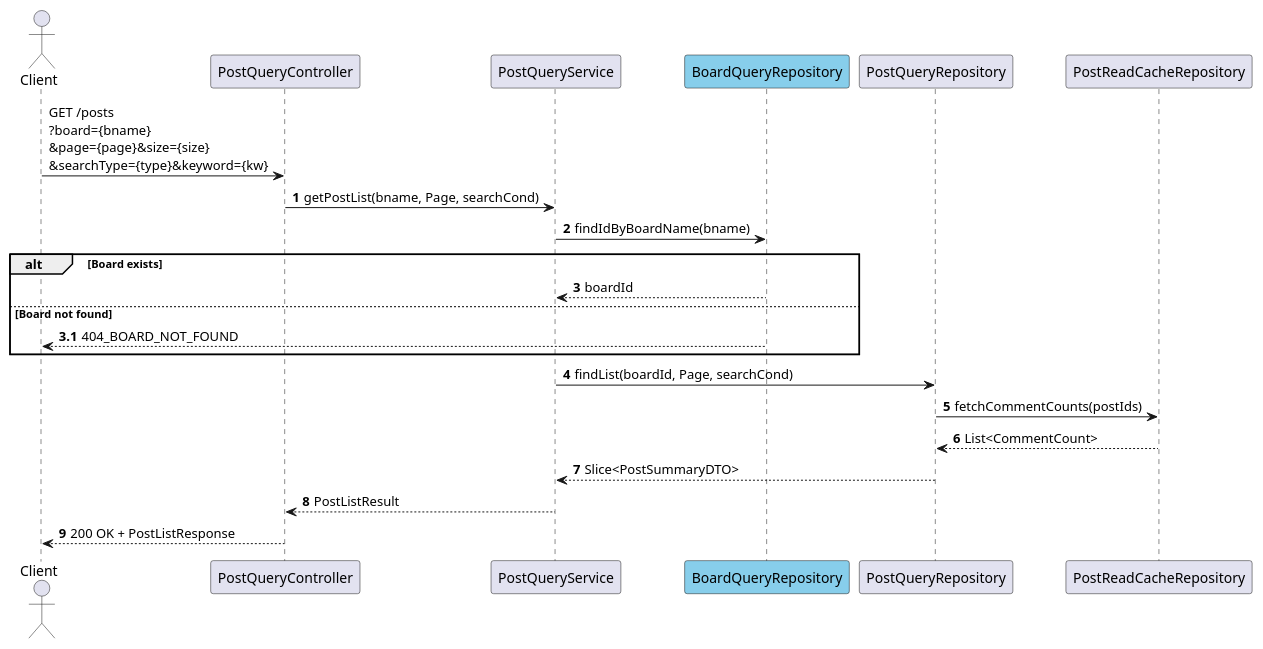
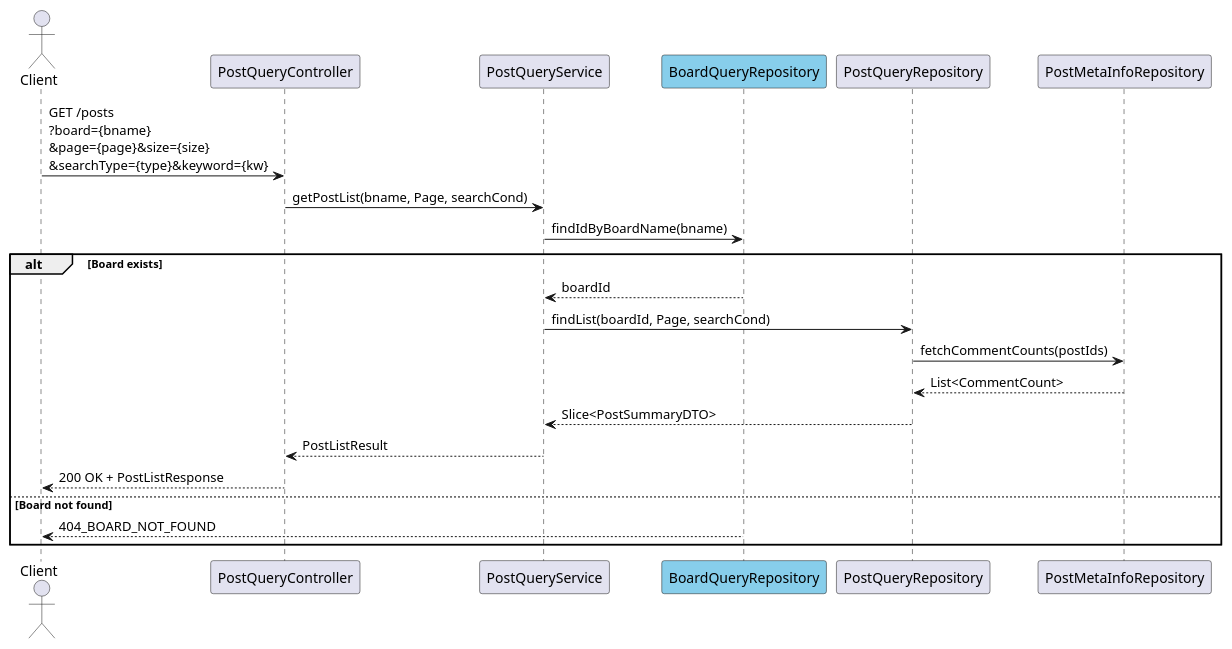
The diagram in document/puml/event/boardContext/postAggregate/getPostList.puml (SimpleBoardTeam/simpleBoard-server), drawn with PlantUML before and after one commit. The commit also changed 4 other files, not shown here.

Commit message:
fix(diagram): Post 도메인 이벤트 다이어그램 수정 - 컨트롤러, 레포지토리에 Command/Query 명시 - getPostDetailCached.puml -> getPostDetail.puml 파일명 변경 및 다이어그램 내부 캐시 관련 정보 삭제

```diff
--- a/document/puml/event/boardContext/postAggregate/getPostList.puml
+++ b/document/puml/event/boardContext/postAggregate/getPostList.puml
@@ -1,32 +1,29 @@
-@startuml PostListSeq
+@startuml getPostListSeq
 actor Client
 participant PostQueryController
 participant PostQueryService
 participant BoardQueryRepository #skyblue
 participant PostQueryRepository
-participant PostReadCacheRepository
+participant PostMetaInfoRepository
 
 Client -> PostQueryController : GET /posts\n?board={bname}\n&page={page}&size={size}\n&searchType={type}&keyword={kw}
 
-autonumber
 PostQueryController -> PostQueryService : getPostList(bname, Page, searchCond)
 
 PostQueryService -> BoardQueryRepository : findIdByBoardName(bname)
 alt Board exists
 BoardQueryRepository --> PostQueryService : boardId
-else Board not found
-autonumber  3.1
-  BoardQueryRepository --> Client : 404_BOARD_NOT_FOUND
-'  stop
-end
 
-autonumber 4
 PostQueryService -> PostQueryRepository : findList(boardId, Page, searchCond)
-PostQueryRepository -> PostReadCacheRepository : fetchCommentCounts(postIds)
-PostReadCacheRepository --> PostQueryRepository : List<CommentCount>
+PostQueryRepository -> PostMetaInfoRepository : fetchCommentCounts(postIds)
+PostMetaInfoRepository --> PostQueryRepository : List<CommentCount>
 PostQueryRepository --> PostQueryService : Slice<PostSummaryDTO>
 
 
 PostQueryService --> PostQueryController : PostListResult
 PostQueryController --> Client : 200 OK + PostListResponse
+else Board not found
+  BoardQueryRepository --> Client : 404_BOARD_NOT_FOUND
+'  stop
+end
 @enduml
```
